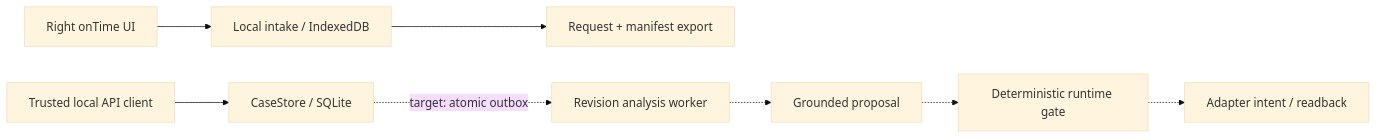
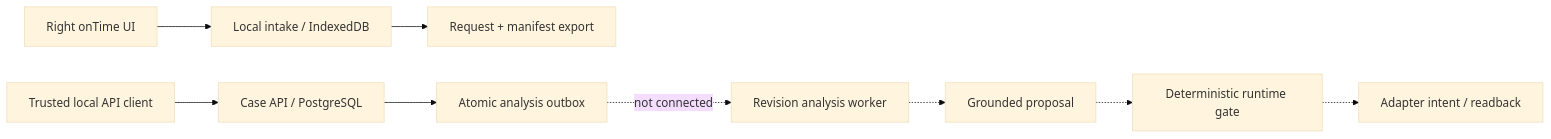
Before and after one commit to nikb-de/proofkey-dwelly: the first of 5 diagrams in docs/architecture/team-contract-v1.md, drawn with Mermaid (base theme). The commit also changed other lines of this file and 32 other files, not shown here.

Commit message:
feat: add PostgreSQL case backend and pinned dataset export

````diff
--- a/docs/architecture/team-contract-v1.md
+++ b/docs/architecture/team-contract-v1.md
@@ -7,10 +7,11 @@
 ```mermaid
 flowchart LR
   UI["Right onTime UI"] --> IDB["Local intake / IndexedDB"]
   IDB --> EX["Request + manifest export"]
-  CLI["Trusted local API client"] --> CS["CaseStore / SQLite"]
-  CS -. "target: atomic outbox" .-> AN["Revision analysis worker"]
+  CLI["Trusted local API client"] --> CS["Case API / PostgreSQL"]
+  CS --> OB["Atomic analysis outbox"]
+  OB -. "not connected" .-> AN["Revision analysis worker"]
   AN -.-> PR["Grounded proposal"]
   PR -.-> G["Deterministic runtime gate"]
   G -.-> AD["Adapter intent / readback"]
 ```
````
